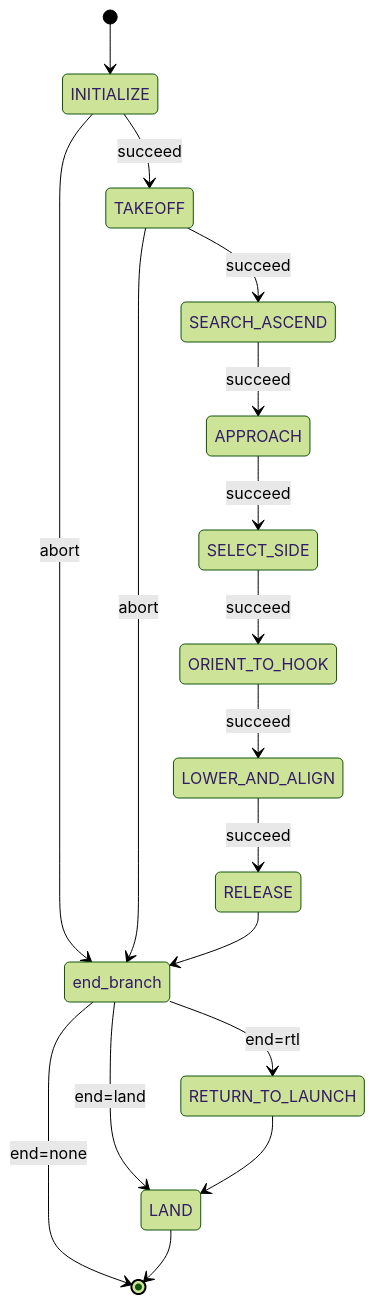
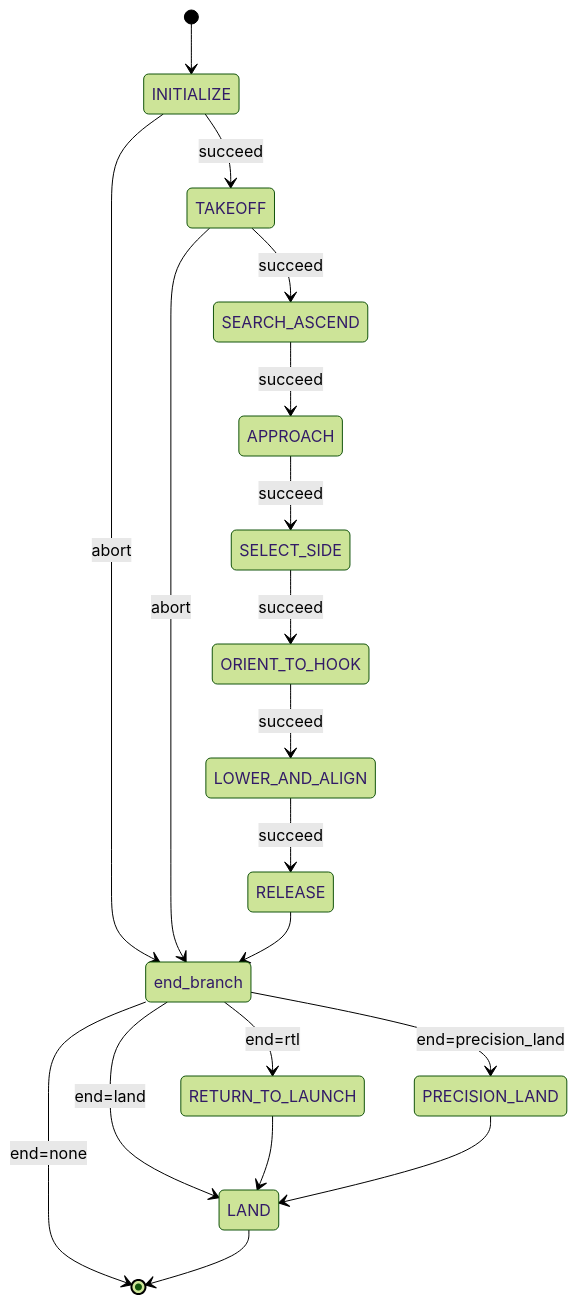
The diagram in hook/README.md (Black-Bee-Drones/SAE-2026), drawn with Mermaid (forest theme) before and after one commit. The commit also changed other lines of this file and 6 other files, not shown here.

````diff
--- a/hook/README.md
+++ b/hook/README.md
@@ -100,19 +100,21 @@
 ```mermaid
 stateDiagram-v2
     [*] --> INITIALIZE
     INITIALIZE --> TAKEOFF: succeed
     INITIALIZE --> end_branch: abort
     TAKEOFF --> SEARCH_ASCEND: succeed
     TAKEOFF --> end_branch: abort
     SEARCH_ASCEND --> APPROACH: succeed
     APPROACH --> SELECT_SIDE: succeed
     SELECT_SIDE --> ORIENT_TO_HOOK: succeed
     ORIENT_TO_HOOK --> LOWER_AND_ALIGN: succeed
     LOWER_AND_ALIGN --> RELEASE: succeed
     RELEASE --> end_branch
     end_branch --> RETURN_TO_LAUNCH: end=rtl
     end_branch --> LAND: end=land
+    end_branch --> PRECISION_LAND: end=precision_land
     end_branch --> [*]: end=none
     RETURN_TO_LAUNCH --> LAND
+    PRECISION_LAND --> LAND
     LAND --> [*]
 ```
````
